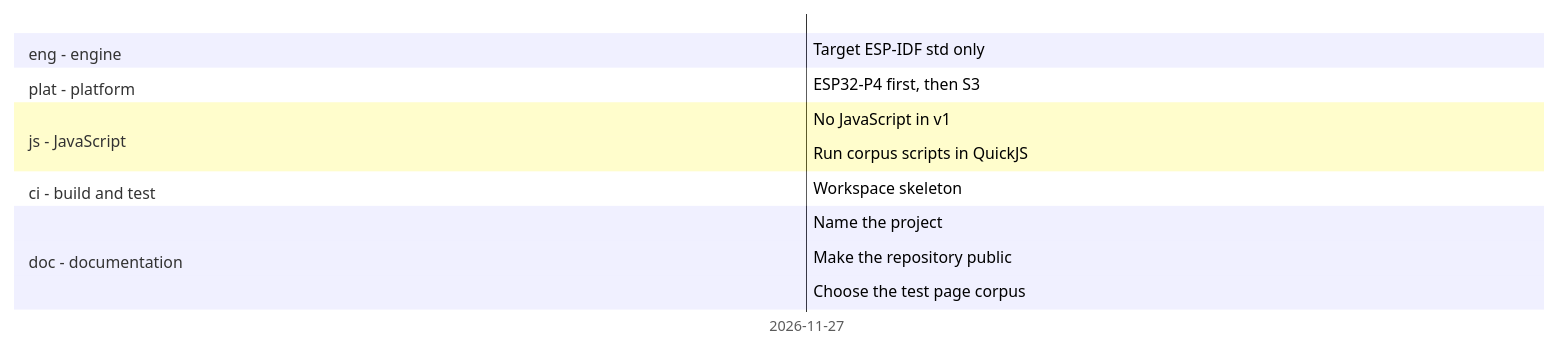
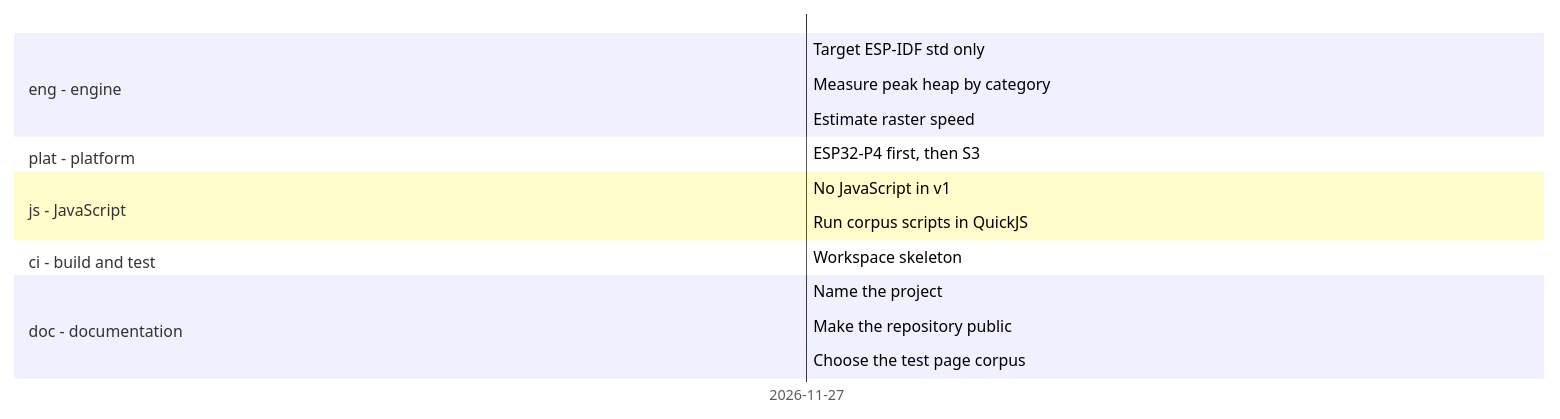
Before and after one commit to lhns/embedded-browser: the diagram in docs/roadmap/timeline.md, drawn with Mermaid. The commit also changed other lines of this file and 17 other files, not shown here.

First line of the commit message:
M0 host spike: Blitz peak heap, raster estimate, banding and damage (#3)

````diff
--- a/docs/roadmap/timeline.md
+++ b/docs/roadmap/timeline.md
@@ -10,18 +10,20 @@
 ```mermaid
 gantt
     dateFormat YYYY-MM-DD
     axisFormat %Y-%m-%d
     section eng - engine
     Target ESP-IDF std only :eng_std_only_esp_idf, 2026-11-27, 2026-11-27
+    Measure peak heap by category :eng_peak_heap, 2026-11-27, 2026-11-27
+    Estimate raster speed :eng_raster_estimate, 2026-11-27, 2026-11-27
     section plat - platform
     ESP32-P4 first, then S3 :plat_boards_p4_first, 2026-11-27, 2026-11-27
     section js - JavaScript
     No JavaScript in v1 :js_no_js_in_v1, 2026-11-27, 2026-11-27
     Run corpus scripts in QuickJS :js_host_spike, 2026-11-27, 2026-11-27
     section ci - build and test
     Workspace skeleton :ci_workspace_skeleton, 2026-11-27, 2026-11-27
     section doc - documentation
     Name the project :doc_name_embedded_browser, 2026-11-27, 2026-11-27
     Make the repository public :doc_public_repo, 2026-11-27, 2026-11-27
     Choose the test page corpus :doc_corpus_choice, 2026-11-27, 2026-11-27
 ```
````
